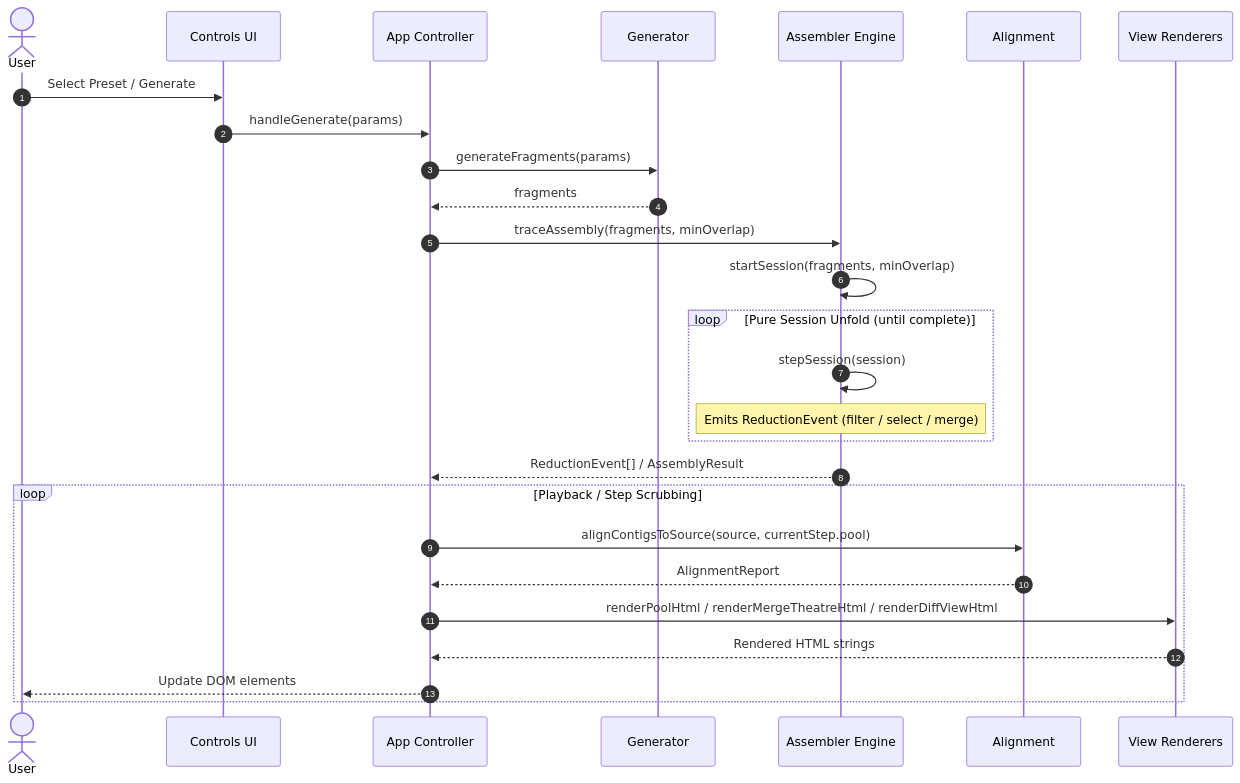
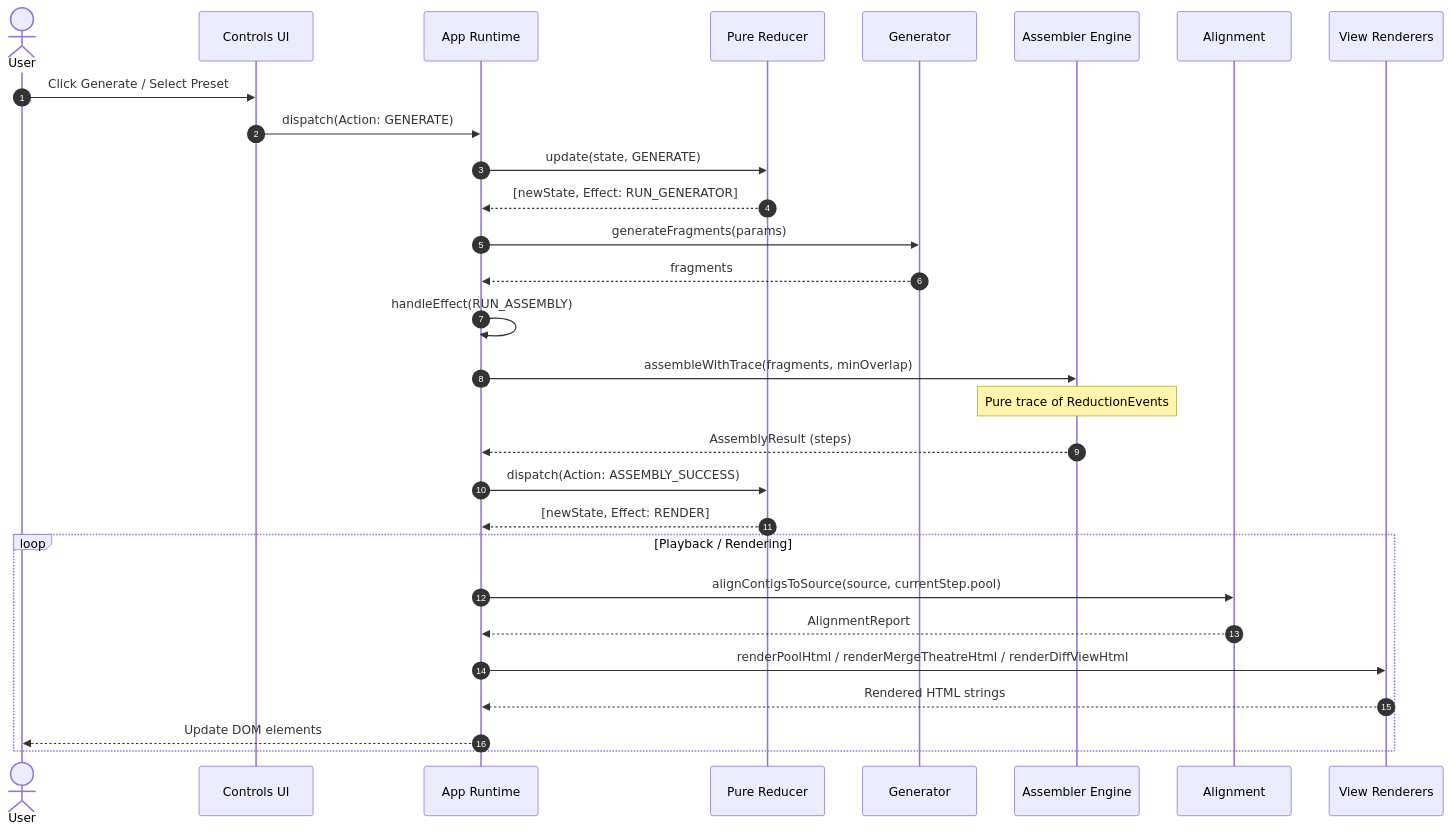
The diagram in README.md (frankhjung/typescript-reconstruct-strings-web), drawn with Mermaid before and after one commit. The commit also changed other lines of this file and 7 other files, not shown here.

Commit message:
feat: implement Elm-style reducer architecture with state management and action dispatching

````diff
--- a/README.md
+++ b/README.md
@@ -24,30 +24,36 @@
 ```mermaid
 sequenceDiagram
   autonumber
   actor User
   participant UI as Controls UI
-  participant App as App Controller
+  participant App as App Runtime
+  participant Store as Pure Reducer
   participant Gen as Generator
   participant Asm as Assembler Engine
   participant Align as Alignment
   participant View as View Renderers
 
-  User->>UI: Select Preset / Generate
-  UI->>App: handleGenerate(params)
+  User->>UI: Click Generate / Select Preset
+  UI->>App: dispatch(Action: GENERATE)
+  App->>Store: update(state, GENERATE)
+  Store-->>App: [newState, Effect: RUN_GENERATOR]
+  
   App->>Gen: generateFragments(params)
   Gen-->>App: fragments
-  App->>Asm: traceAssembly(fragments, minOverlap)
-  Asm->>Asm: startSession(fragments, minOverlap)
-  loop Pure Session Unfold (until complete)
-    Asm->>Asm: stepSession(session)
-    Note over Asm: Emits ReductionEvent (filter / select / merge)
-  end
-  Asm-->>App: ReductionEvent[] / AssemblyResult
-  loop Playback / Step Scrubbing
+  App->>App: handleEffect(RUN_ASSEMBLY)
+  
+  App->>Asm: assembleWithTrace(fragments, minOverlap)
+  Note over Asm: Pure trace of ReductionEvents
+  Asm-->>App: AssemblyResult (steps)
+  
+  App->>Store: dispatch(Action: ASSEMBLY_SUCCESS)
+  Store-->>App: [newState, Effect: RENDER]
+  
+  loop Playback / Rendering
     App->>Align: alignContigsToSource(source, currentStep.pool)
     Align-->>App: AlignmentReport
     App->>View: renderPoolHtml / renderMergeTheatreHtml / renderDiffViewHtml
     View-->>App: Rendered HTML strings
     App-->>User: Update DOM elements
   end
 ```
````
